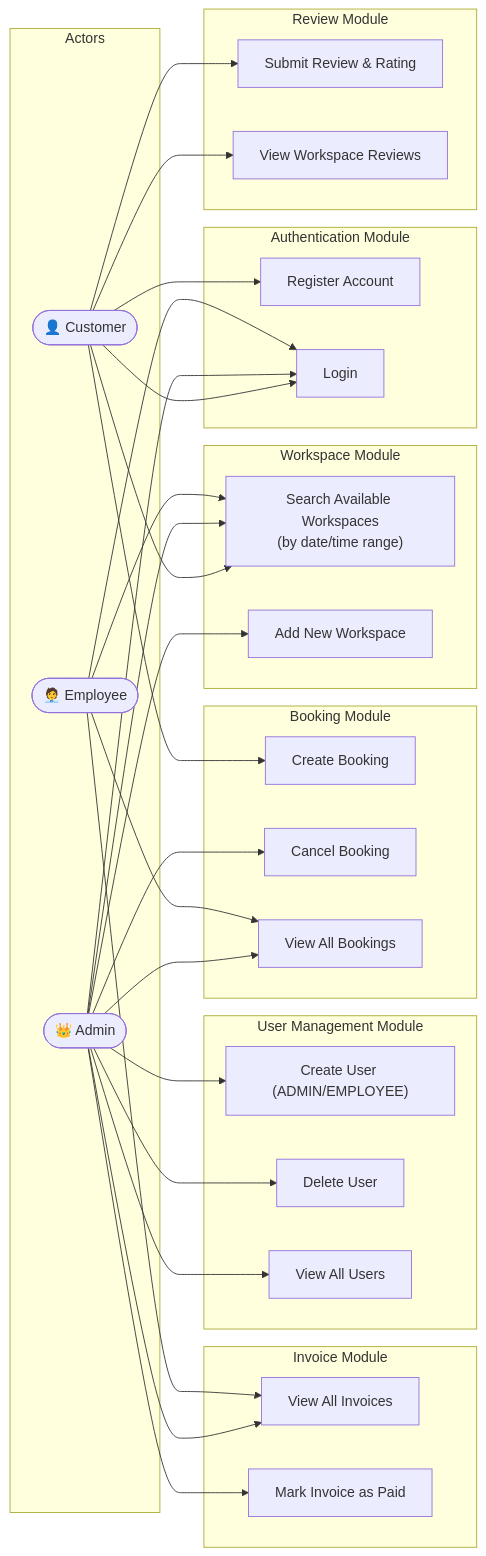
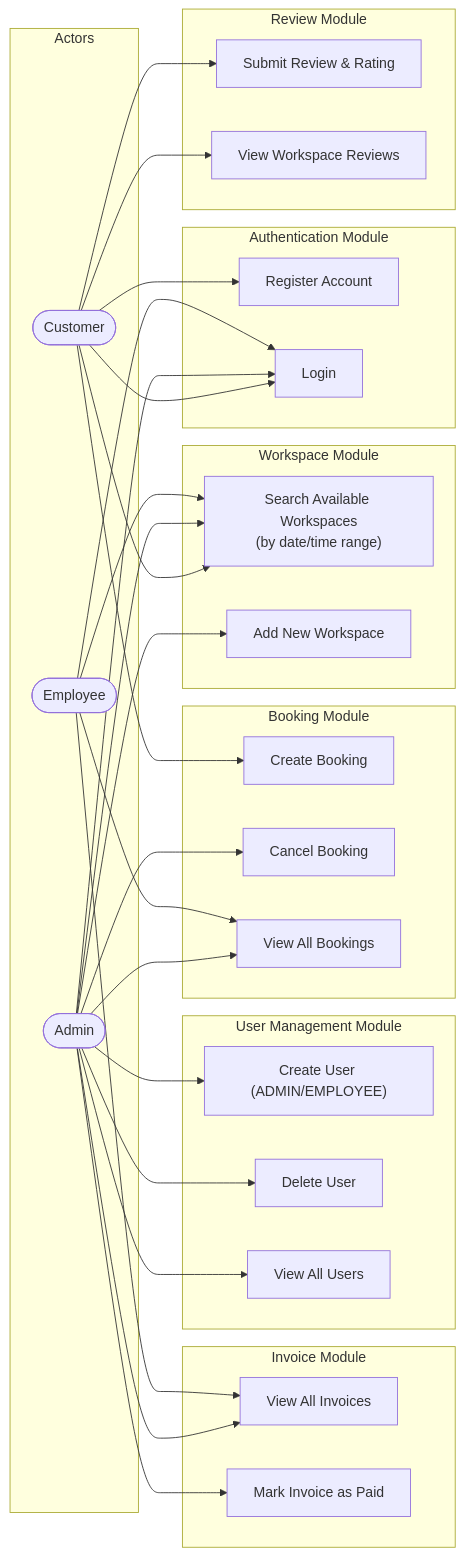
One commit to Stain04/Cowork-hub changed the third of 9 diagrams in SRS.md. Above: the diagram before and after it, drawn with Mermaid. The commit also changed other lines of this file and 86 other files, not shown here.

````diff
--- a/SRS.md
+++ b/SRS.md
@@ -431,63 +419,63 @@
 ```mermaid
 flowchart LR
     subgraph ACTORS["Actors"]
-        C(["👤 Customer"])
-        A(["👑 Admin"])
-        EM(["🧑‍💼 Employee"])
+        C(["Customer"])
+        A(["Admin"])
+        EM(["Employee"])
     end
 
     subgraph AUTH["Authentication Module"]
         UC1["Register Account"]
         UC2["Login"]
     end
 
     subgraph WORKSPACE_MOD["Workspace Module"]
         UC3["Search Available Workspaces\n(by date/time range)"]
         UC8["Add New Workspace"]
     end
 
     subgraph BOOKING_MOD["Booking Module"]
         UC4["Create Booking"]
         UC9["Cancel Booking"]
         UC10["View All Bookings"]
     end
 
     subgraph INVOICE_MOD["Invoice Module"]
         UC11["View All Invoices"]
         UC12["Mark Invoice as Paid"]
     end
 
     subgraph REVIEW_MOD["Review Module"]
         UC5["Submit Review & Rating"]
         UC6["View Workspace Reviews"]
     end
 
     subgraph USER_MOD["User Management Module"]
         UC7["Create User (ADMIN/EMPLOYEE)"]
         UC13["Delete User"]
         UC14["View All Users"]
     end
 
     C --> UC1
     C --> UC2
     C --> UC3
     C --> UC4
     C --> UC5
     C --> UC6
 
     A --> UC2
     A --> UC3
     A --> UC7
     A --> UC8
     A --> UC9
     A --> UC10
     A --> UC11
     A --> UC12
     A --> UC13
     A --> UC14
 
     EM --> UC2
     EM --> UC3
     EM --> UC10
     EM --> UC11
 ```
````
